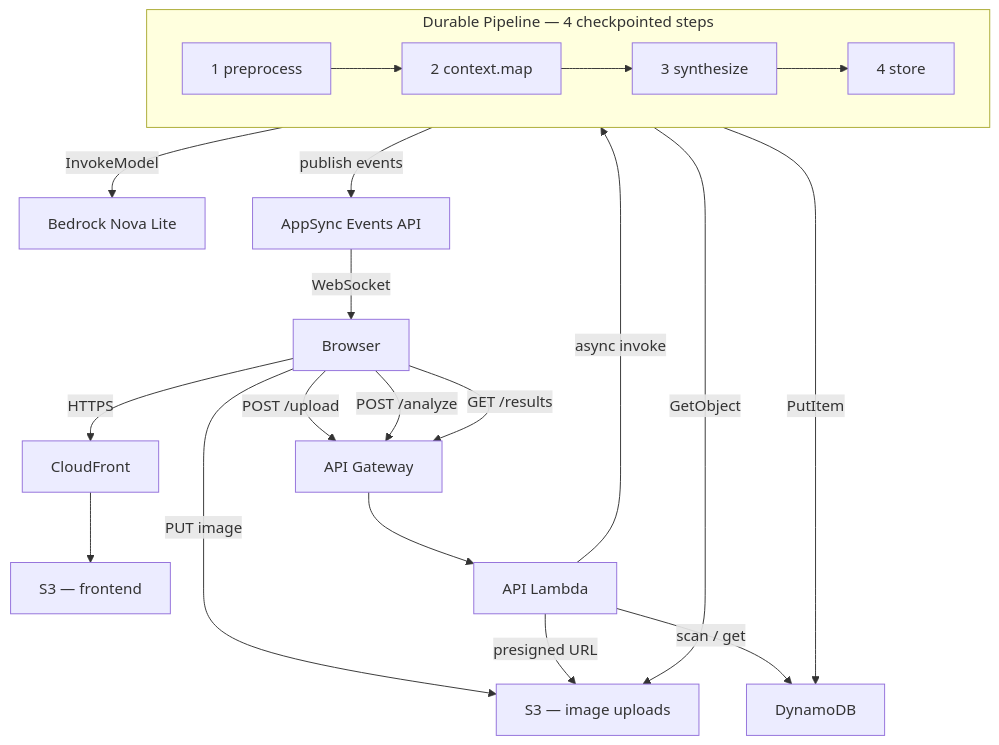
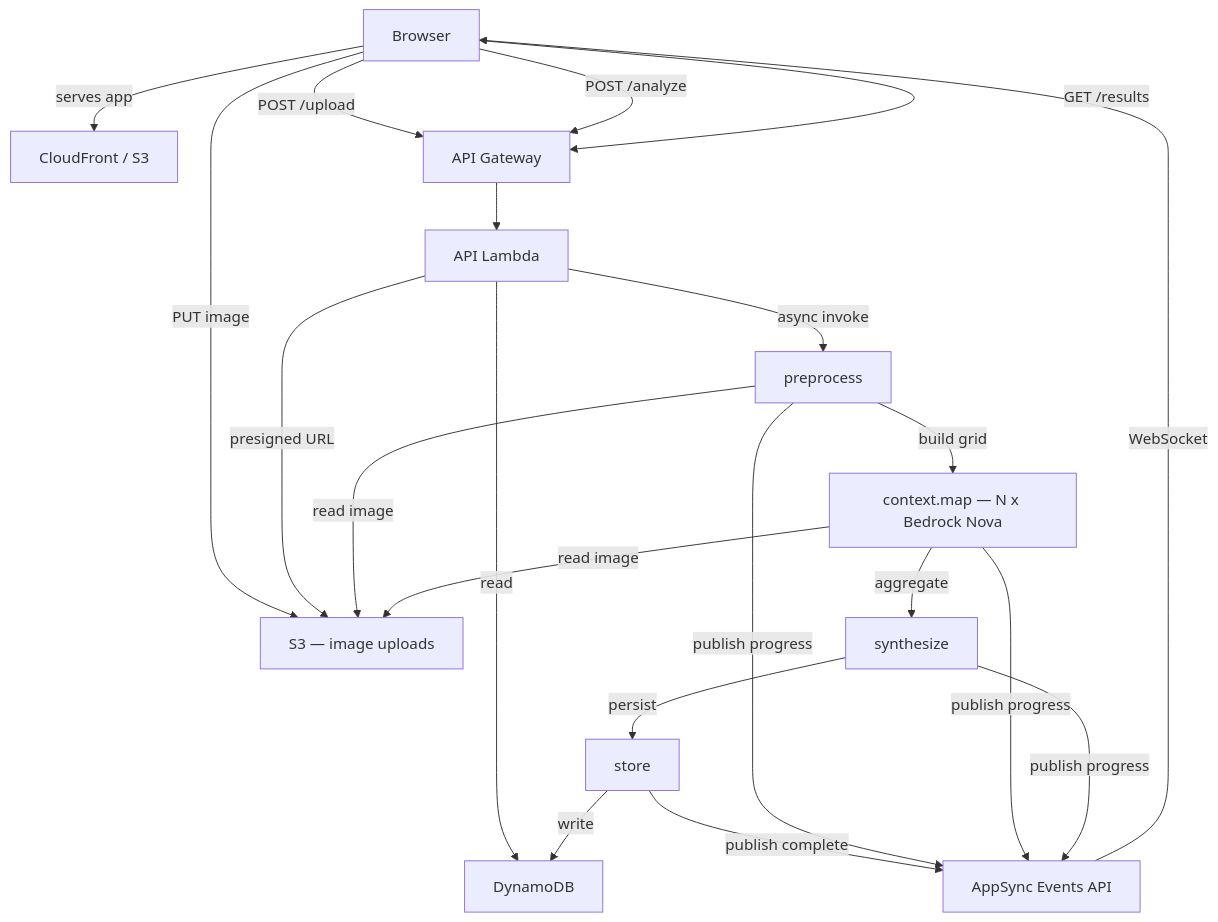
The diagram in README.md (singledigit/image-analysis-orchestration), drawn with Mermaid before and after one commit.

Commit message:
Fix architecture diagram — flat graph, no subgraph

````diff
--- a/README.md
+++ b/README.md
@@ -11,36 +11,38 @@
 ```mermaid
 graph TD
     Browser["Browser"]
-    CF["CloudFront"]
-    S3F["S3 — frontend"]
+    CF["CloudFront / S3"]
     APIGW["API Gateway"]
     ApiLambda["API Lambda"]
     S3I["S3 — image uploads"]
-    Bedrock["Bedrock Nova Lite"]
+    Step1["preprocess"]
+    Step2["context.map — N x Bedrock Nova"]
+    Step3["synthesize"]
+    Step4["store"]
     DDB["DynamoDB"]
     AppSync["AppSync Events API"]
 
-    subgraph Durable ["Durable Pipeline — 4 checkpointed steps"]
-        Step1["1 preprocess"]
-        Step2["2 context.map"]
-        Step3["3 synthesize"]
-        Step4["4 store"]
-        Step1 --> Step2 --> Step3 --> Step4
-    end
-
-    Browser -->|HTTPS| CF
-    CF --> S3F
+    Browser -->|serves app| CF
     Browser -->|POST /upload| APIGW
     Browser -->|PUT image| S3I
     Browser -->|POST /analyze| APIGW
     Browser -->|GET /results| APIGW
     APIGW --> ApiLambda
     ApiLambda -->|presigned URL| S3I
-    ApiLambda -->|async invoke| Durable
-    ApiLambda -->|scan / get| DDB
-    Durable -->|GetObject| S3I
-    Durable -->|InvokeModel| Bedrock
-    Durable -->|PutItem| DDB
-    Durable -->|publish events| AppSync
+    ApiLambda -->|async invoke| Step1
+    ApiLambda -->|read| DDB
+
+    Step1 -->|build grid| Step2
+    Step2 -->|aggregate| Step3
+    Step3 -->|persist| Step4
+    Step4 -->|write| DDB
+
+    Step1 -->|read image| S3I
+    Step2 -->|read image| S3I
+    Step4 -->|publish complete| AppSync
+    Step1 -->|publish progress| AppSync
+    Step2 -->|publish progress| AppSync
+    Step3 -->|publish progress| AppSync
+
     AppSync -->|WebSocket| Browser
 ```
````
